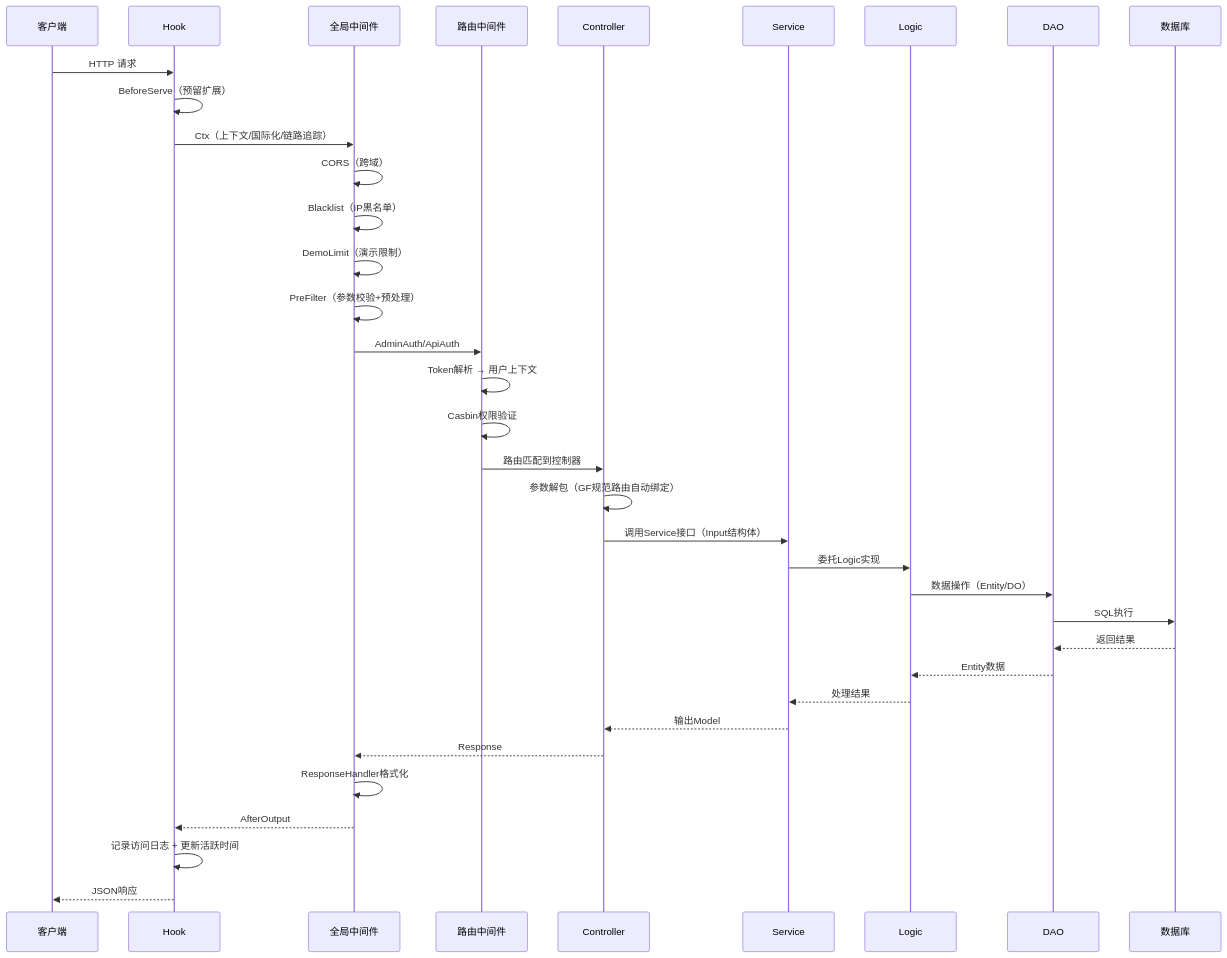
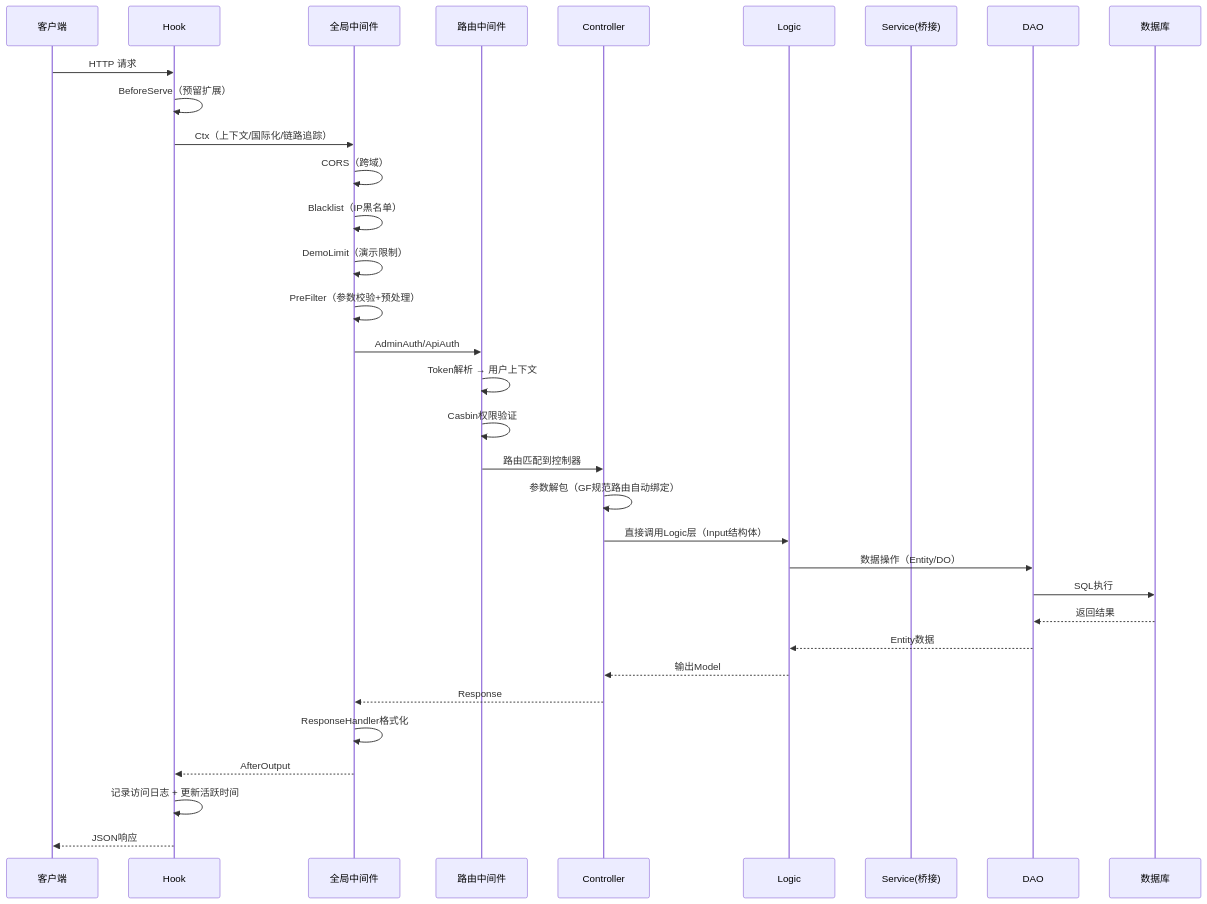
The fifth of 8 diagrams in docs/guide-zh-CN/dev-architecture.md (hailaz/hotgo), drawn with Mermaid before and after one commit. The commit also changed other lines of this file and 116 other files, not shown here.

````diff
--- a/docs/guide-zh-CN/dev-architecture.md
+++ b/docs/guide-zh-CN/dev-architecture.md
@@ -587,38 +589,36 @@
 ```mermaid
 sequenceDiagram
     participant C as 客户端
     participant H as Hook
     participant MW as 全局中间件
     participant RM as 路由中间件
     participant CT as Controller
-    participant S as Service
     participant L as Logic
+    participant S as Service(桥接)
     participant D as DAO
     participant DB as 数据库
 
     C->>H: HTTP 请求
     H->>H: BeforeServe（预留扩展）
     H->>MW: Ctx（上下文/国际化/链路追踪）
     MW->>MW: CORS（跨域）
     MW->>MW: Blacklist（IP黑名单）
     MW->>MW: DemoLimit（演示限制）
     MW->>MW: PreFilter（参数校验+预处理）
     MW->>RM: AdminAuth/ApiAuth
     RM->>RM: Token解析 → 用户上下文
     RM->>RM: Casbin权限验证
     RM->>CT: 路由匹配到控制器
     CT->>CT: 参数解包（GF规范路由自动绑定）
-    CT->>S: 调用Service接口（Input结构体）
-    S->>L: 委托Logic实现
+    CT->>L: 直接调用Logic层（Input结构体）
     L->>D: 数据操作（Entity/DO）
     D->>DB: SQL执行
     DB-->>D: 返回结果
     D-->>L: Entity数据
-    L-->>S: 处理结果
-    S-->>CT: 输出Model
+    L-->>CT: 输出Model
     CT-->>MW: Response
     MW->>MW: ResponseHandler格式化
     MW-->>H: AfterOutput
     H->>H: 记录访问日志 + 更新活跃时间
     H-->>C: JSON响应
 ```
````
